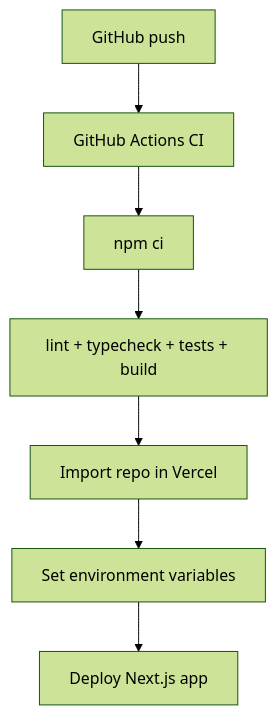
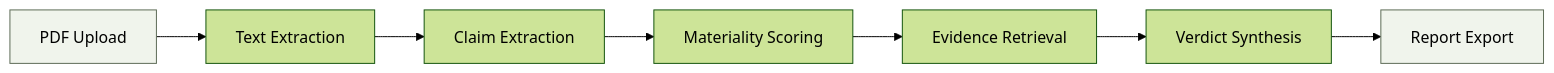
One commit to de2pressed/2see changed the diagram in README.md. Above: the diagram before and after it, drawn with Mermaid (forest theme). The commit also changed other lines of this file, not shown here.

````diff
--- a/README.md
+++ b/README.md
@@ -142,9 +17,12 @@
 ```mermaid
-flowchart TD
-  A["GitHub push"] --> B["GitHub Actions CI"]
-  B --> C["npm ci"]
-  C --> D["lint + typecheck + tests + build"]
-  D --> E["Import repo in Vercel"]
-  E --> F["Set environment variables"]
-  F --> G["Deploy Next.js app"]
+flowchart LR
+    A[PDF Upload] --> B[Text Extraction]
+    B --> C[Claim Extraction]
+    C --> D[Materiality Scoring]
+    D --> E[Evidence Retrieval]
+    E --> F[Verdict Synthesis]
+    F --> G[Report Export]
+
+    style A fill:#f0f4ec,stroke:#5d6b56
+    style G fill:#f0f4ec,stroke:#5d6b56
 ```
````
